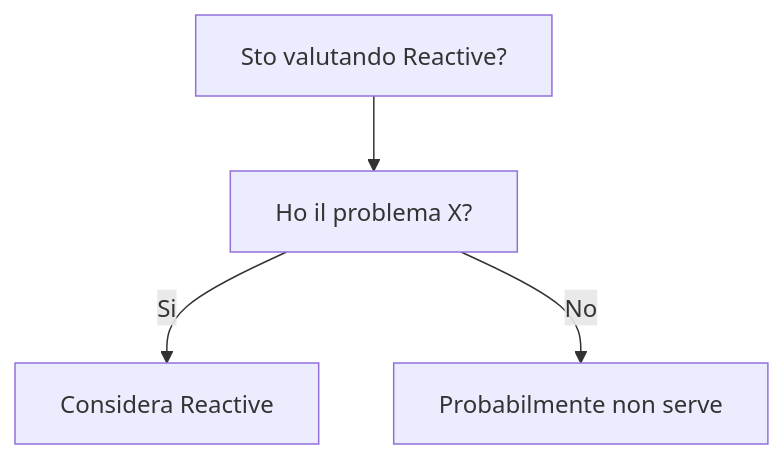
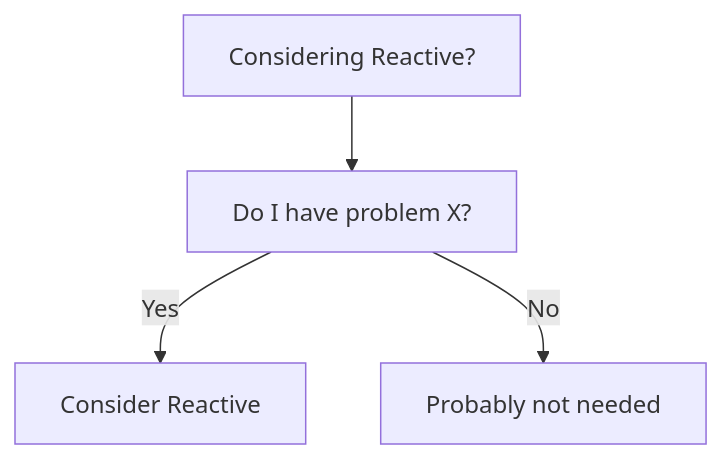
Before and after one commit to HxT9/Software-Dev-Wiki: the diagram in dev-wiki/14_Languages/Java/Reactive/When_To_Use.md, drawn with Mermaid. The commit also changed other lines of this file and 3444 other files, not shown here.

````diff
--- a/dev-wiki/14_Languages/Java/Reactive/When_To_Use.md
+++ b/dev-wiki/14_Languages/Java/Reactive/When_To_Use.md
@@ -19,6 +19,6 @@
 ```mermaid
 flowchart TD
-  Q[Sto valutando Reactive?] --> Q1[Ho il problema X?]
-  Q1 -->|Si| OK[Considera Reactive]
-  Q1 -->|No| NO[Probabilmente non serve]
+  Q[Considering Reactive?] --> Q1[Do I have problem X?]
+  Q1 -->|Yes| OK[Consider Reactive]
+  Q1 -->|No| NO[Probably not needed]
 ```
````
